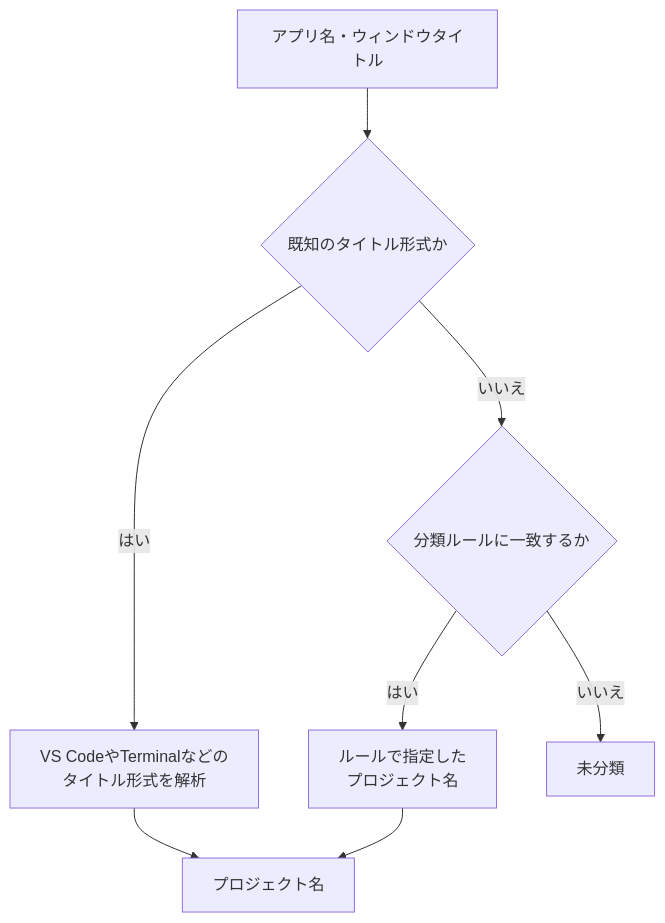
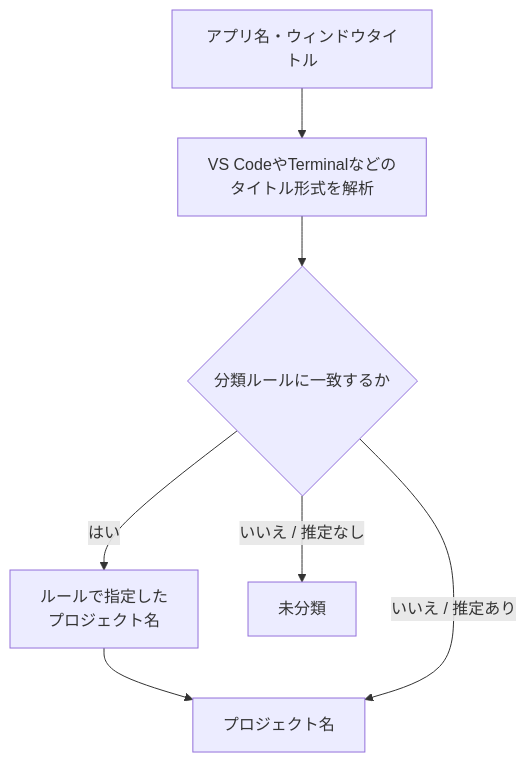
One commit to yuta-sato-dev/worklog changed the third of 6 diagrams in ARCHITECTURE.md. Above: the diagram before and after it, drawn with Mermaid. The commit also changed other lines of this file and 22 other files, not shown here.

````diff
--- a/ARCHITECTURE.md
+++ b/ARCHITECTURE.md
@@ -93,16 +101,15 @@
 ```mermaid
 flowchart TD
     Title[アプリ名・ウィンドウタイトル]
-    Known{既知のタイトル形式か}
     Parser[VS CodeやTerminalなどの<br/>タイトル形式を解析]
     Rule{分類ルールに一致するか}
     RuleProject[ルールで指定した<br/>プロジェクト名]
     Unknown[未分類]
     Project[プロジェクト名]
 
-    Title --> Known
-    Known -->|はい| Parser --> Project
-    Known -->|いいえ| Rule
+    Title --> Parser
+    Parser --> Rule
     Rule -->|はい| RuleProject --> Project
-    Rule -->|いいえ| Unknown
+    Rule -->|いいえ / 推定あり| Project
+    Rule -->|いいえ / 推定なし| Unknown
 ```
````
